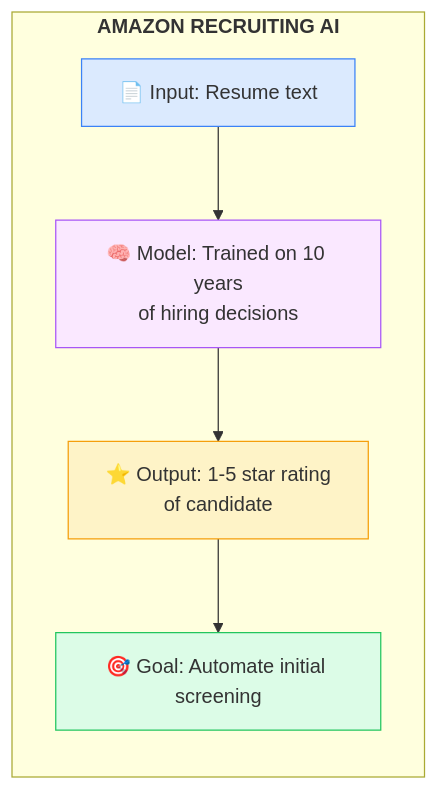
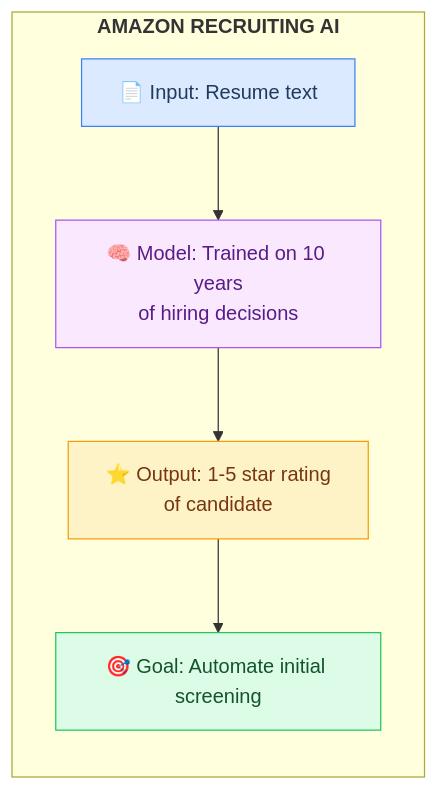
Before and after one commit to asq-sheriff/AI-Production-Checklist: the second of 6 diagrams in docs/CASE-STUDIES.md, drawn with Mermaid. The commit also changed other lines of this file and 8 other files, not shown here.

First line of the commit message:
Fix text contrast in all Mermaid diagrams

````diff
--- a/docs/CASE-STUDIES.md
+++ b/docs/CASE-STUDIES.md
@@ -125,17 +125,17 @@
 ```mermaid
 flowchart TB
     subgraph system[<b>AMAZON RECRUITING AI</b>]
         direction TB
         Input[📄 Input: Resume text]
         Model[🧠 Model: Trained on 10 years<br/>of hiring decisions]
         Output[⭐ Output: 1-5 star rating<br/>of candidate]
         Goal[🎯 Goal: Automate initial screening]
 
         Input --> Model --> Output --> Goal
     end
 
-    style Input fill:#dbeafe,stroke:#3b82f6
-    style Model fill:#fae8ff,stroke:#a855f7
-    style Output fill:#fef3c7,stroke:#f59e0b
-    style Goal fill:#dcfce7,stroke:#22c55e
+    style Input fill:#dbeafe,stroke:#3b82f6,color:#1e3a5f
+    style Model fill:#fae8ff,stroke:#a855f7,color:#581c87
+    style Output fill:#fef3c7,stroke:#f59e0b,color:#78350f
+    style Goal fill:#dcfce7,stroke:#22c55e,color:#14532d
 ```
````
